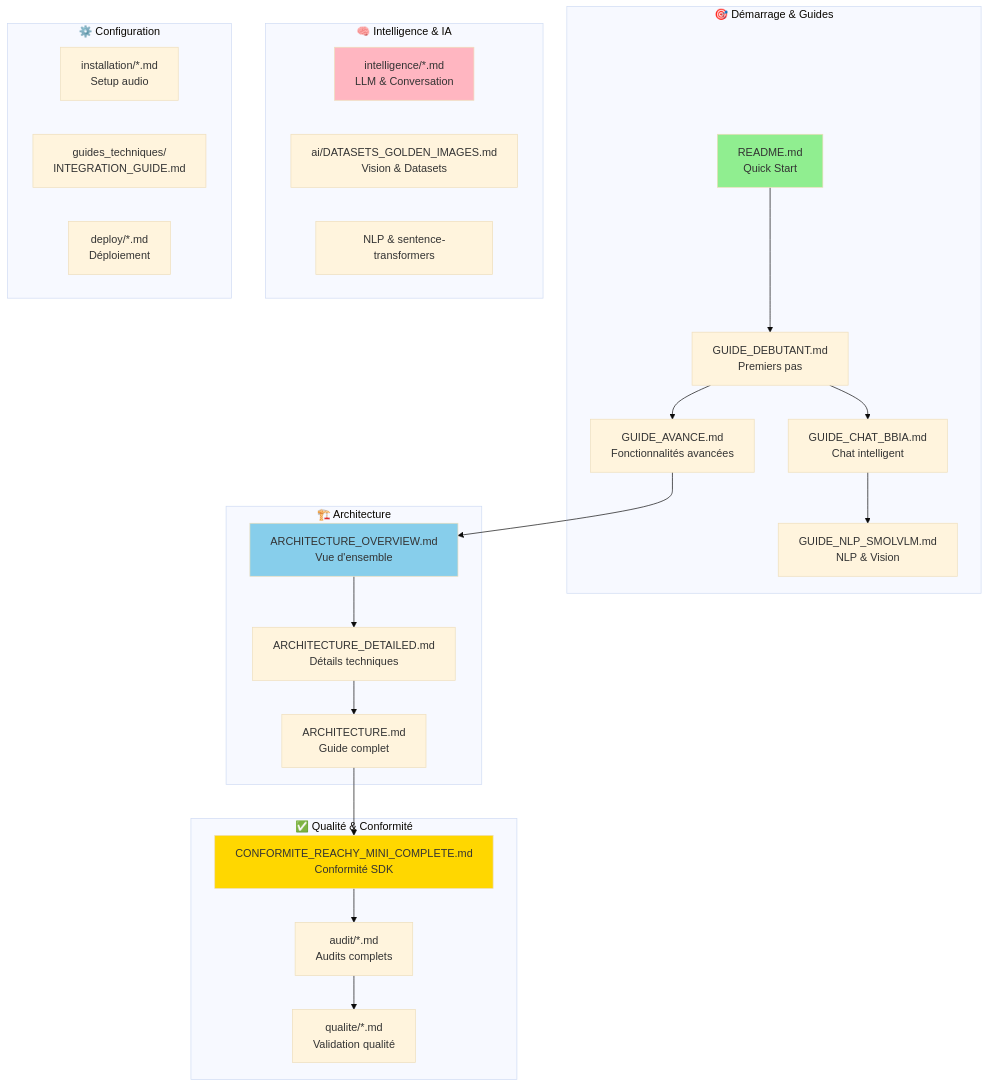
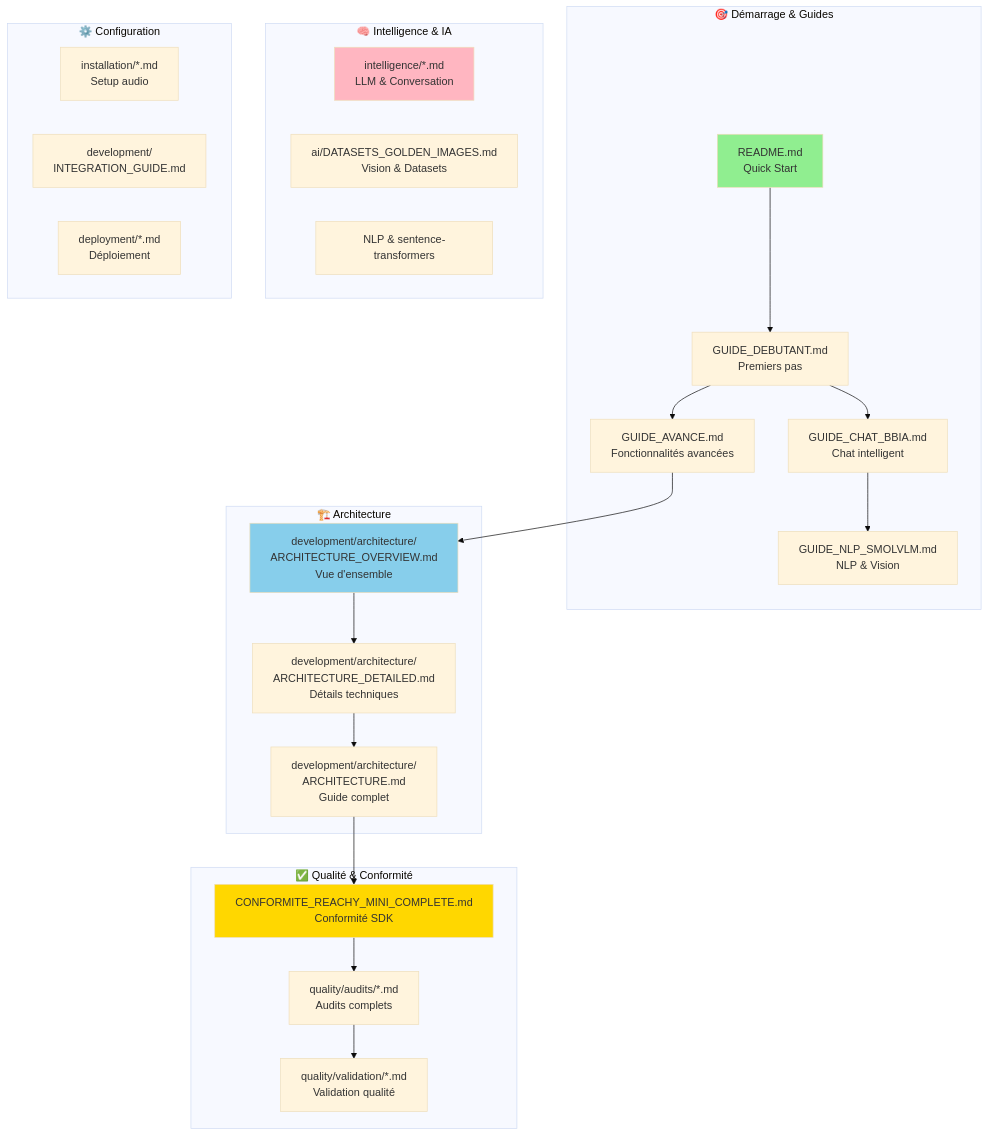
One commit to arkalia-luna-system/bbia-sim changed the third of 3 diagrams in docs/INDEX_FINAL.md. Above: the diagram before and after it, drawn with Mermaid (base theme). The commit also changed other lines of this file and 200 other files, not shown here.

````diff
--- a/docs/INDEX_FINAL.md
+++ b/docs/INDEX_FINAL.md
@@ -248,50 +256,50 @@
 ```mermaid
 graph TB
     subgraph "🎯 Démarrage & Guides"
         START[README.md<br/>Quick Start]
         BEGINNER[GUIDE_DEBUTANT.md<br/>Premiers pas]
         ADVANCED[GUIDE_AVANCE.md<br/>Fonctionnalités avancées]
         CHAT[GUIDE_CHAT_BBIA.md<br/>Chat intelligent]
         NLP[GUIDE_NLP_SMOLVLM.md<br/>NLP & Vision]
     end
     
     subgraph "🏗️ Architecture"
-        ARCH_OVER[ARCHITECTURE_OVERVIEW.md<br/>Vue d'ensemble]
-        ARCH_DET[ARCHITECTURE_DETAILED.md<br/>Détails techniques]
-        ARCH_COMP[ARCHITECTURE.md<br/>Guide complet]
+        ARCH_OVER[development/architecture/<br/>ARCHITECTURE_OVERVIEW.md<br/>Vue d'ensemble]
+        ARCH_DET[development/architecture/<br/>ARCHITECTURE_DETAILED.md<br/>Détails techniques]
+        ARCH_COMP[development/architecture/<br/>ARCHITECTURE.md<br/>Guide complet]
     end
     
     subgraph "✅ Qualité & Conformité"
         CONFORM[CONFORMITE_REACHY_MINI_COMPLETE.md<br/>Conformité SDK]
-        AUDIT[audit/*.md<br/>Audits complets]
-        QUALITY[qualite/*.md<br/>Validation qualité]
+        AUDIT[quality/audits/*.md<br/>Audits complets]
+        QUALITY[quality/validation/*.md<br/>Validation qualité]
     end
     
     subgraph "🧠 Intelligence & IA"
         LLM[intelligence/*.md<br/>LLM & Conversation]
         VISION[ai/DATASETS_GOLDEN_IMAGES.md<br/>Vision & Datasets]
         NLP_TECH[NLP & sentence-transformers]
     end
     
     subgraph "⚙️ Configuration"
         INSTALL[installation/*.md<br/>Setup audio]
-        INTEGRATION[guides_techniques/<br/>INTEGRATION_GUIDE.md]
-        DEPLOY[deploy/*.md<br/>Déploiement]
+        INTEGRATION[development/<br/>INTEGRATION_GUIDE.md]
+        DEPLOY[deployment/*.md<br/>Déploiement]
     end
     
     START --> BEGINNER
     BEGINNER --> ADVANCED
     BEGINNER --> CHAT
     CHAT --> NLP
     ADVANCED --> ARCH_OVER
     ARCH_OVER --> ARCH_DET
     ARCH_DET --> ARCH_COMP
     ARCH_COMP --> CONFORM
     CONFORM --> AUDIT
     AUDIT --> QUALITY
     
     style START fill:#90EE90
     style ARCH_OVER fill:#87CEEB
     style CONFORM fill:#FFD700
     style LLM fill:#FFB6C1
 ```
````
